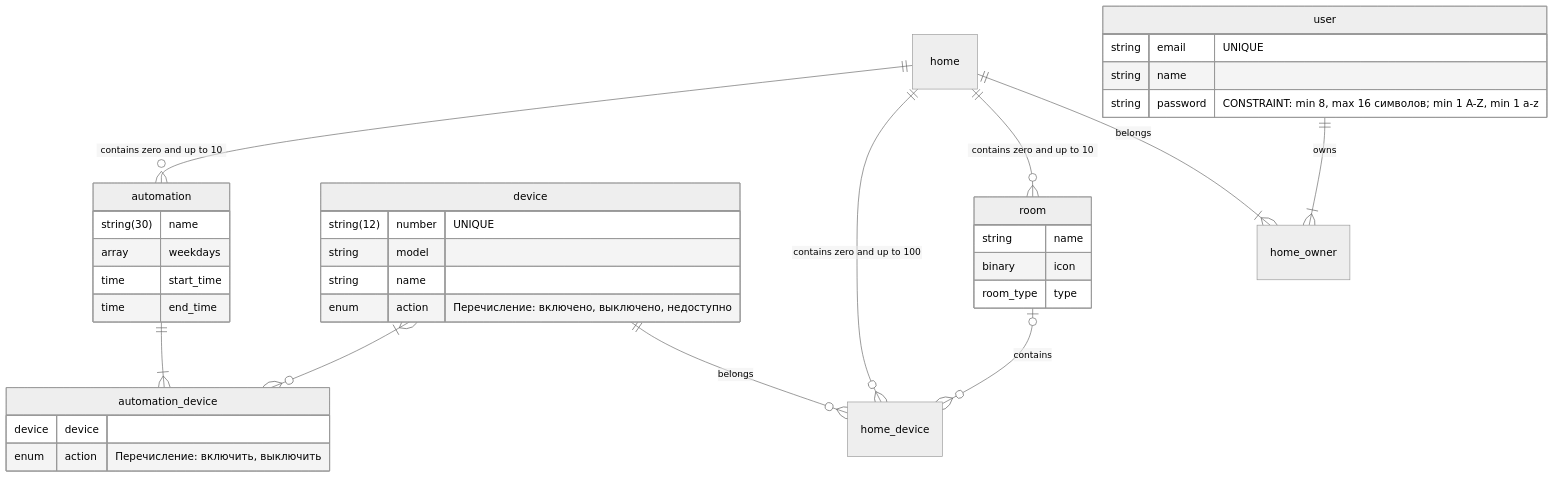
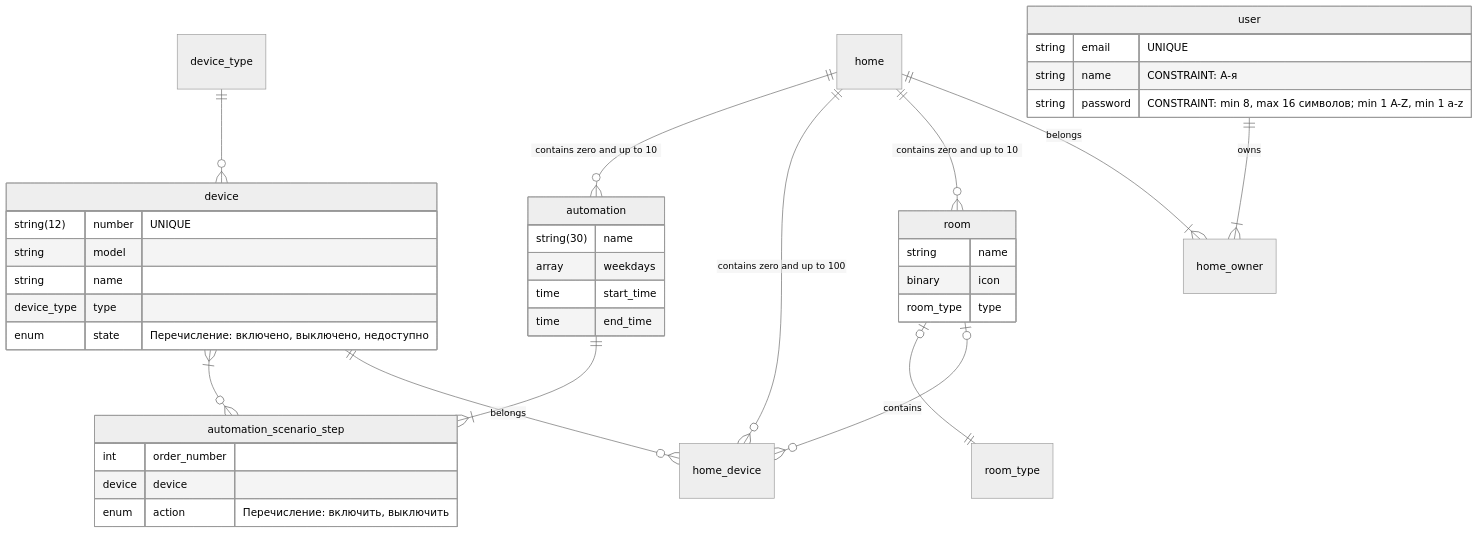
The diagram in HARD/yandex-practicum-diploma-project/# spec.md (oleshko-g/sa_cases), drawn with Mermaid (neutral theme) before and after one commit. The commit also changed other lines of this file and 1 other file, not shown here.

Commit message:
Доработать ERD

````diff
--- a/HARD/yandex-practicum-diploma-project/# spec.md
+++ b/HARD/yandex-practicum-diploma-project/# spec.md
@@ -31,47 +31,54 @@
 ```mermaid
 erDiagram
-user {
-string email "UNIQUE"
-string name
-string password "CONSTRAINT: min 8, max 16 символов; min 1 A-Z, min 1 a-z"
-}
-room { 
-string name
-binary icon
-room_type type
-}
-device {
-string(12) number "UNIQUE"
-string model
-string name
-enum action "Перечисление: включено, выключено, недоступно"
-}
-home
-automation {
-string(30) name
-array weekdays
-time start_time
-time end_time
-}
-automation_device {
-device device
-enum action "Перечисление: включить, выключить"
-}
-home_owner
-home_device
+   user {
+      string email "UNIQUE"
+      string name "CONSTRAINT: А-я"
+      string password "CONSTRAINT: min 8, max 16 символов; min 1 A-Z, min 1 a-z"
+   }
+   room { 
+      string name
+      binary icon
+      room_type type
+   }
+   room_type {}
+   device {
+      string(12) number "UNIQUE"
+      string model
+      string name
+      device_type type
+      enum state "Перечисление: включено, выключено, недоступно"
+   }
+   home {}
+   automation {
+      string(30) name
+      array weekdays
+      time start_time
+      time end_time
+   }
+   automation_scenario_step {
+      int order_number
+      device device
+      enum action "Перечисление: включить, выключить"
+   }
+   home_owner {}
+   home_device {}
 
-user ||--|{ home_owner : owns
-home ||--|{ home_owner : belongs
+   device_type
 
-home ||--o{ room : "contains zero and up to 10"
-room |o--o{ home_device : "contains"
+   user ||--|{ home_owner : owns
+   home ||--|{ home_owner : belongs
 
-device ||--o{ home_device : belongs
-home ||--o{ home_device : "contains zero and up to 100"
+   home ||--o{ room : "contains zero and up to 10"
+   room |o--o{ home_device : "contains"
+   room |o--|| room_type : ""
 
-home ||--o{ automation : "contains zero and up to 10"
+   device ||--o{ home_device : belongs
+   device_type ||--o{ device : ""
+   home ||--o{ home_device : "contains zero and up to 100"
 
-automation ||--|{ automation_device : ""
-device }|--o{ automation_device : ""
+   home ||--o{ automation : "contains zero and up to 10"
+
+   automation ||--|{ automation_scenario_step : ""
+   device }|--o{ automation_scenario_step : ""
 
 ```
````
